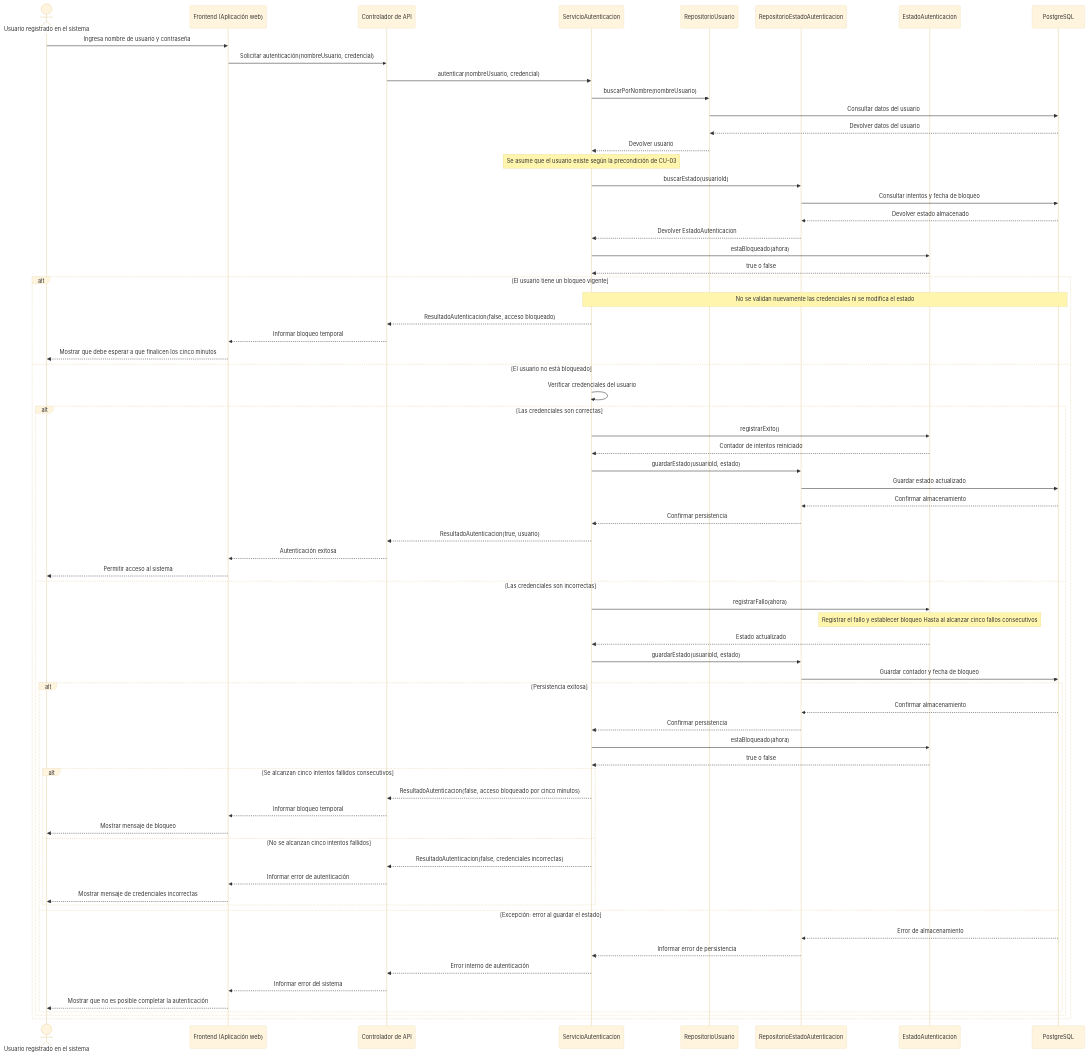
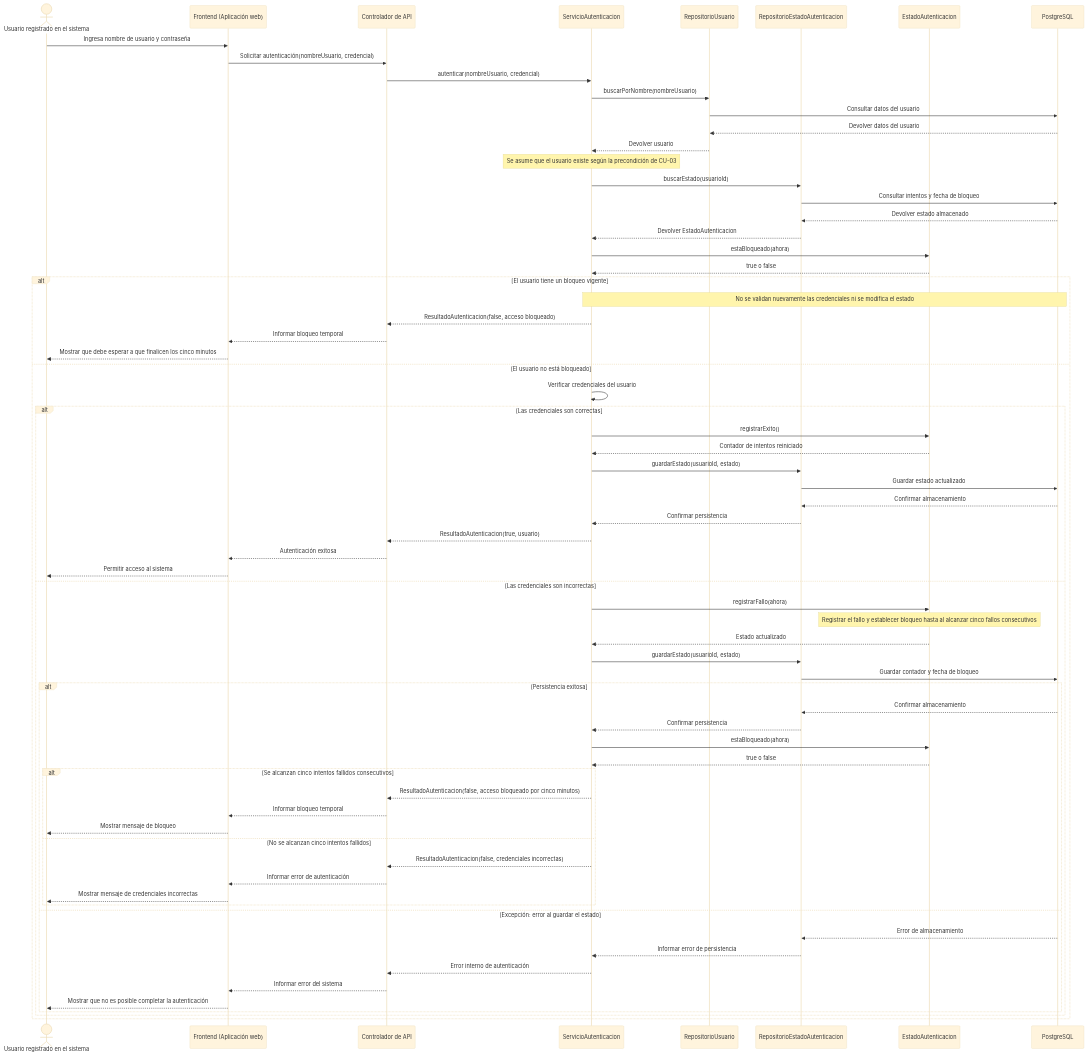
One commit to anmorenol63/Ingesoft_t6 changed the first of 3 diagrams in docs/design/02_Diseño_de_Interacción_y_Datos.md. Above: the diagram before and after it, drawn with Mermaid (base theme).

```diff
--- a/docs/design/02_Diseño_de_Interacción_y_Datos.md
+++ b/docs/design/02_Diseño_de_Interacción_y_Datos.md
@@ -88,7 +88,7 @@
 
         else Las credenciales son incorrectas
             SA->>EA: registrarFallo(ahora)
-            Note over EA: Registrar el fallo y establecer bloqueo Hasta al alcanzar cinco fallos consecutivos
+            Note over EA: Registrar el fallo y establecer bloqueo hasta al alcanzar cinco fallos consecutivos
             EA-->>SA: Estado actualizado
 
             SA->>REA: guardarEstado(usuarioId, estado)
```
